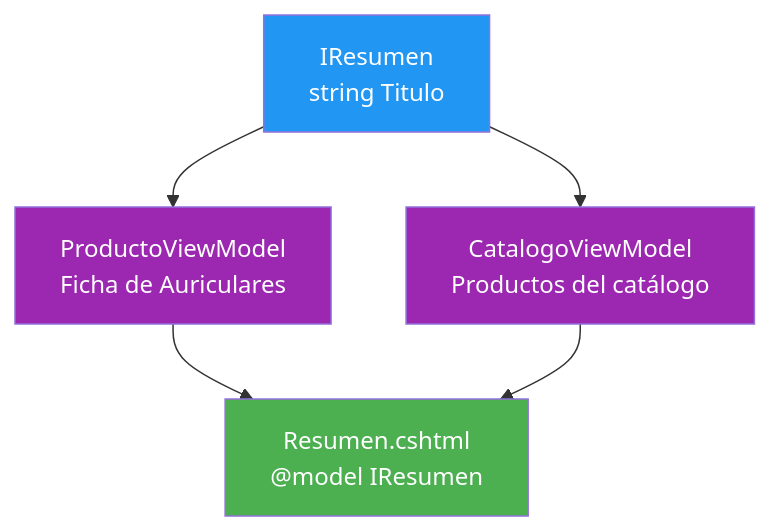
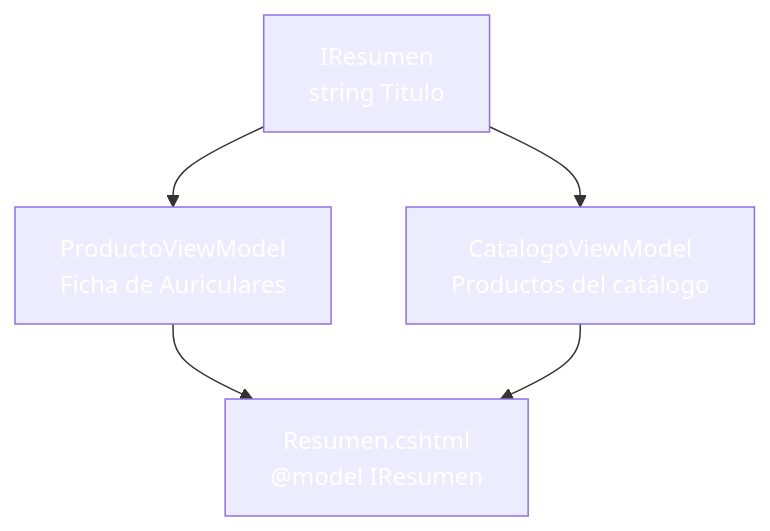
Before and after one commit to joseluisgs/DesarrolloWebEntornosServidor-03-2026-2027: the third of 4 diagrams in 09-mvc-vistas-viewmodels.md, drawn with Mermaid. The commit also changed other lines of this file and 30 other files, not shown here.

````diff
--- a/09-mvc-vistas-viewmodels.md
+++ b/09-mvc-vistas-viewmodels.md
@@ -390,11 +390,11 @@
 ```mermaid
 graph TD
     I["IResumen<br/>string Titulo"] --> P["ProductoViewModel<br/>Ficha de Auriculares"]
     I --> C["CatalogoViewModel<br/>Productos del catálogo"]
     P --> V["Resumen.cshtml<br/>@model IResumen"]
     C --> V
-    style I fill:#2196F3,color:#fff
-    style P fill:#9C27B0,color:#fff
-    style C fill:#9C27B0,color:#fff
-    style V fill:#4CAF50,color:#fff
+    style I fill:#2196F,color:#fff3,color:#fff
+    style P fill:#9C27B,color:#fff0,color:#fff
+    style C fill:#9C27B,color:#fff0,color:#fff
+    style V fill:#4CAF5,color:#fff0,color:#fff
 ```
````
